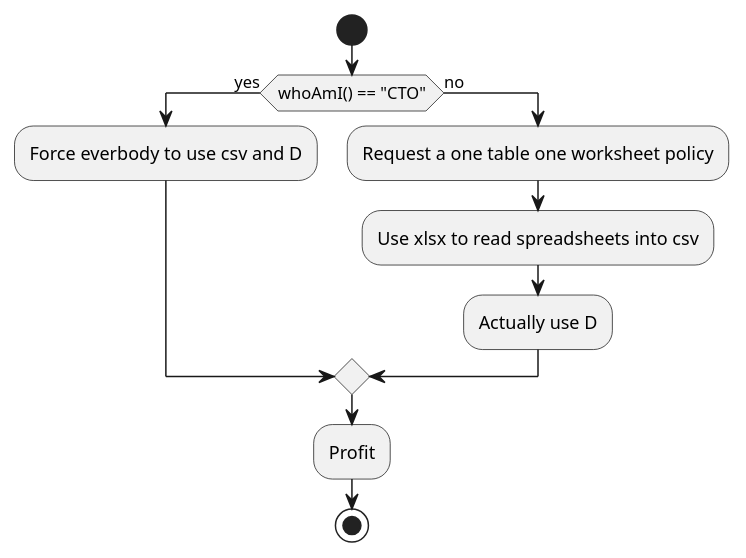
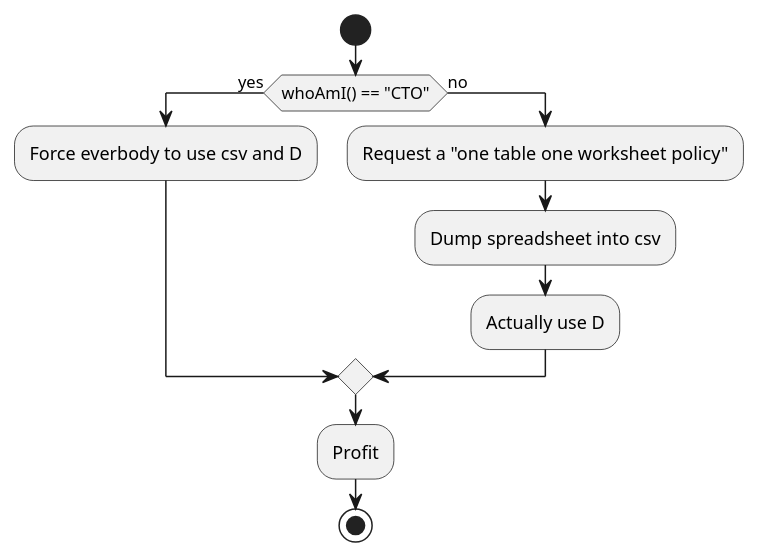
The diagram in attackvectors.plantuml (burner/allspreadsheetsmustdie), drawn with PlantUML before and after one commit. The commit also changed 2 other files, not shown here.

Commit message:
building a graphql endpoint

```diff
--- a/attackvectors.plantuml
+++ b/attackvectors.plantuml
@@ -1,12 +1,12 @@
 @startuml
 start
 if(whoAmI() == "CTO") then (yes)
 	:Force everbody to use csv and D;
 else (no)
-	:Request a one table one worksheet policy;
-	:Use xlsx to read spreadsheets into csv;
+	:Request a "one table one worksheet policy";
+	:Dump spreadsheet into csv;
 	:Actually use D;
 endif
 :Profit;
 stop
 @enduml
```
